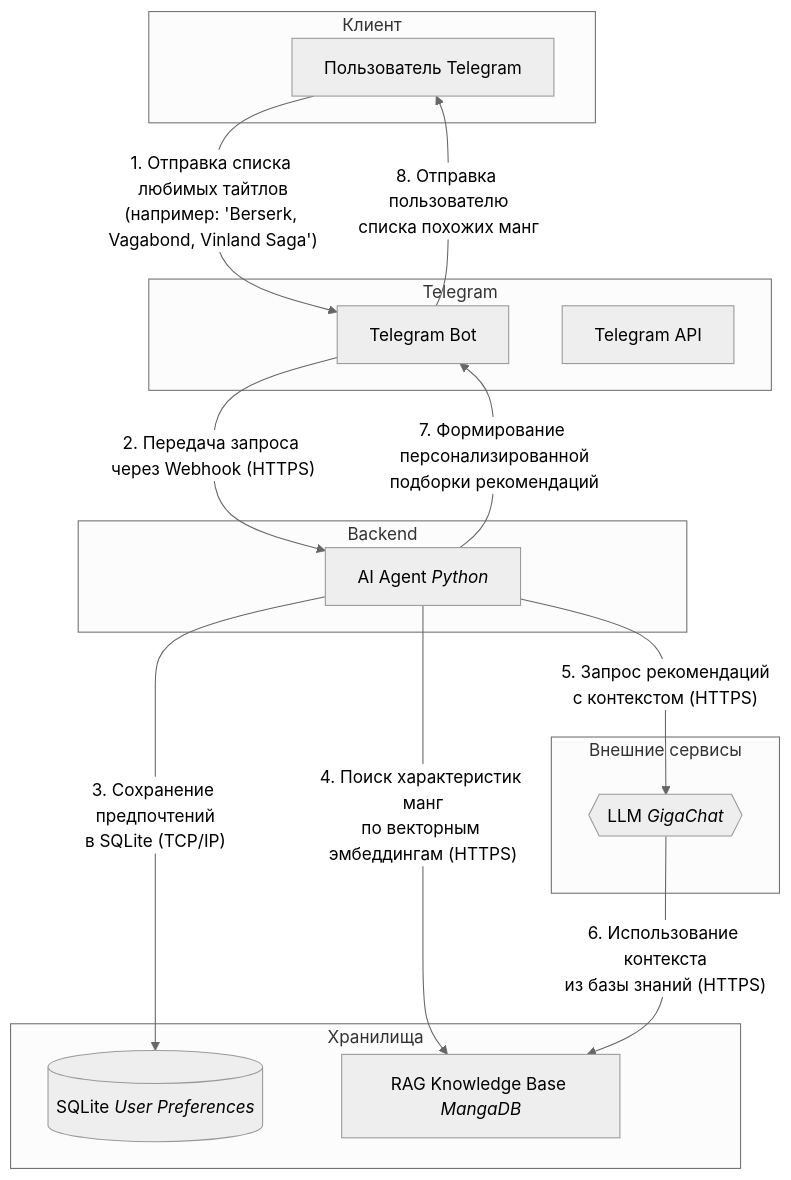
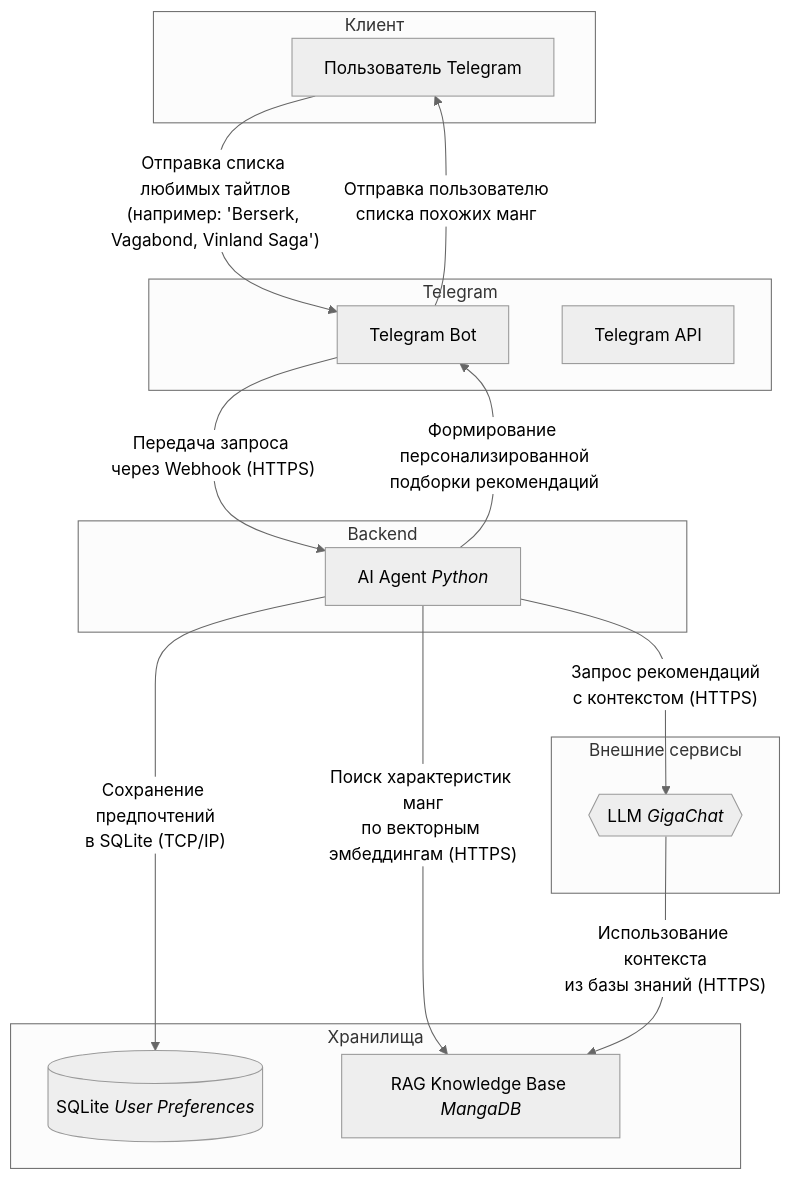
The diagram in README.md (toxicneka/catlover), drawn with Mermaid (neutral theme) before and after one commit.

````diff
--- a/README.md
+++ b/README.md
@@ -1,33 +1,33 @@
 ```mermaid
 graph TD
     subgraph "Клиент"
         A[Пользователь Telegram]
     end
 
     subgraph "Telegram"
         B[Telegram Bot]
         I[Telegram API]
     end
 
     subgraph "Backend"
         D[AI Agent <i>Python</i>]
     end
 
     subgraph "Хранилища"
         F[(SQLite <i>User Preferences</i>)]
         J[RAG Knowledge Base <i>MangaDB</i>]
     end
 
     subgraph "Внешние сервисы"
         G{{LLM <i>GigaChat</i>}}
     end
 
-    A -- 1. Отправка списка любимых тайтлов\n(например: 'Berserk, Vagabond, Vinland Saga') --> B
-    B -- 2. Передача запроса через Webhook (HTTPS) --> D
-    D -- 3. Сохранение предпочтений\nв SQLite (TCP/IP) --> F
-    D -- 4. Поиск характеристик манг\nпо векторным эмбеддингам (HTTPS) --> J
-    D -- 5. Запрос рекомендаций\nс контекстом (HTTPS) --> G
-    G -- 6. Использование контекста\nиз базы знаний (HTTPS) --> J
-    D -- 7. Формирование персонализированной\nподборки рекомендаций --> B
-    B -- 8. Отправка пользователю\nсписка похожих манг --> A
+    A -- Отправка списка любимых тайтлов\n(например: 'Berserk, Vagabond, Vinland Saga') --> B
+    B -- Передача запроса через Webhook (HTTPS) --> D
+    D -- Сохранение предпочтений\nв SQLite (TCP/IP) --> F
+    D -- Поиск характеристик манг\nпо векторным эмбеддингам (HTTPS) --> J
+    D -- Запрос рекомендаций\nс контекстом (HTTPS) --> G
+    G -- Использование контекста\nиз базы знаний (HTTPS) --> J
+    D -- Формирование персонализированной\nподборки рекомендаций --> B
+    B -- Отправка пользователю\nсписка похожих манг --> A
 ```
````
